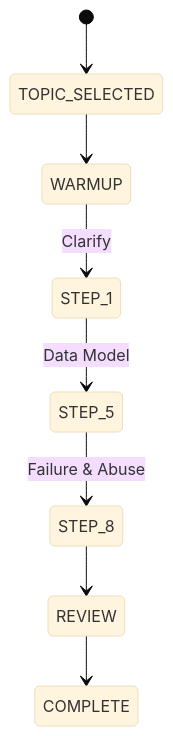
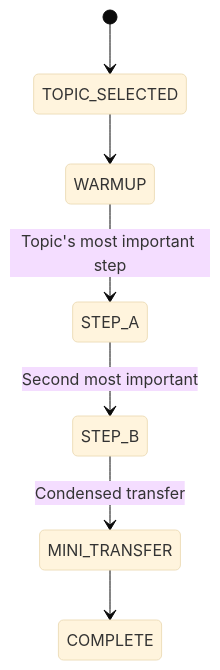
The second of 3 diagrams in docs/LEARNING_ENGINE.md (zayndotdev/build-mindset), drawn with Mermaid (base theme) before and after one commit. The commit also changed other lines of this file and 10 other files, not shown here.

````diff
--- a/docs/LEARNING_ENGINE.md
+++ b/docs/LEARNING_ENGINE.md
@@ -77,10 +93,9 @@
 ```mermaid
 stateDiagram-v2
     [*] --> TOPIC_SELECTED
     TOPIC_SELECTED --> WARMUP
-    WARMUP --> STEP_1 : Clarify
-    STEP_1 --> STEP_5 : Data Model
-    STEP_5 --> STEP_8 : Failure & Abuse
-    STEP_8 --> REVIEW
-    REVIEW --> COMPLETE
+    WARMUP --> STEP_A : Topic's most important step
+    STEP_A --> STEP_B : Second most important
+    STEP_B --> MINI_TRANSFER : Condensed transfer
+    MINI_TRANSFER --> COMPLETE
 ```
````
